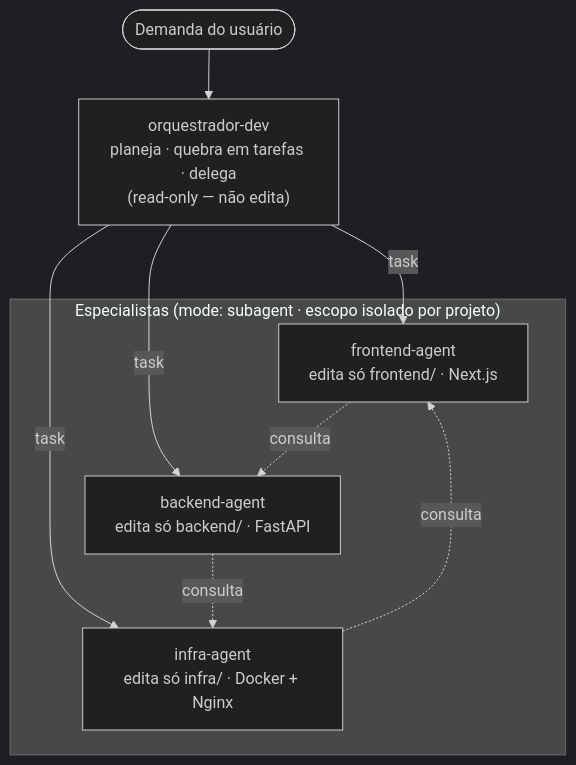
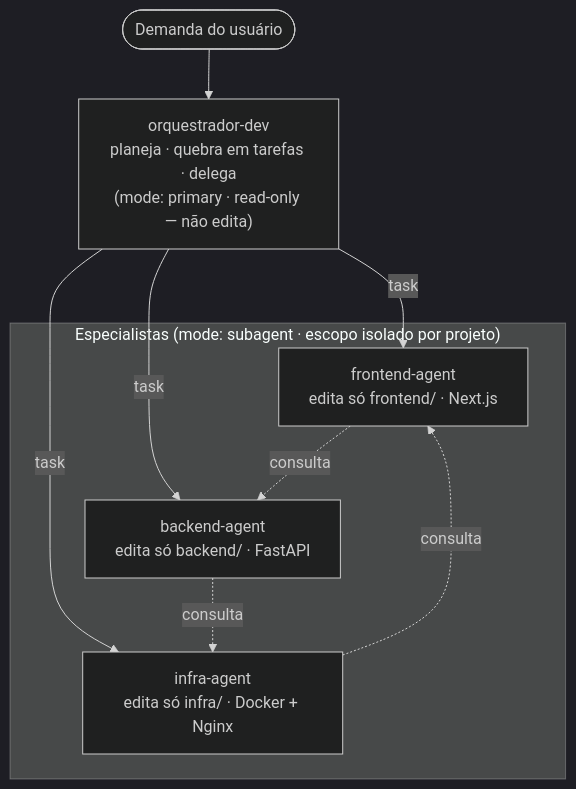
One commit to kellermanm0ta/auditor-ia-platform changed the second of 2 diagrams in README.md. Above: the diagram before and after it, drawn with Mermaid (dark theme). The commit also changed other lines of this file and 1 other file, not shown here.

Commit message:
docs: make orquestrador-dev a primary agent

````diff
--- a/README.md
+++ b/README.md
@@ -102,21 +102,21 @@
 ```mermaid
 flowchart TB
     demanda([Demanda do usuário])
 
-    orch["orquestrador-dev<br/>planeja · quebra em tarefas · delega<br/>(read-only — não edita)"]
+    orch["orquestrador-dev<br/>planeja · quebra em tarefas · delega<br/>(mode: primary · read-only — não edita)"]
 
     subgraph especialistas["Especialistas (mode: subagent · escopo isolado por projeto)"]
         fe["frontend-agent<br/>edita só frontend/ · Next.js"]
         be["backend-agent<br/>edita só backend/ · FastAPI"]
         infra["infra-agent<br/>edita só infra/ · Docker + Nginx"]
     end
 
     demanda --> orch
     orch -->|"task"| fe
     orch -->|"task"| be
     orch -->|"task"| infra
 
     fe -.->|"consulta"| be
     be -.->|"consulta"| infra
     infra -.->|"consulta"| fe
 ```
````
